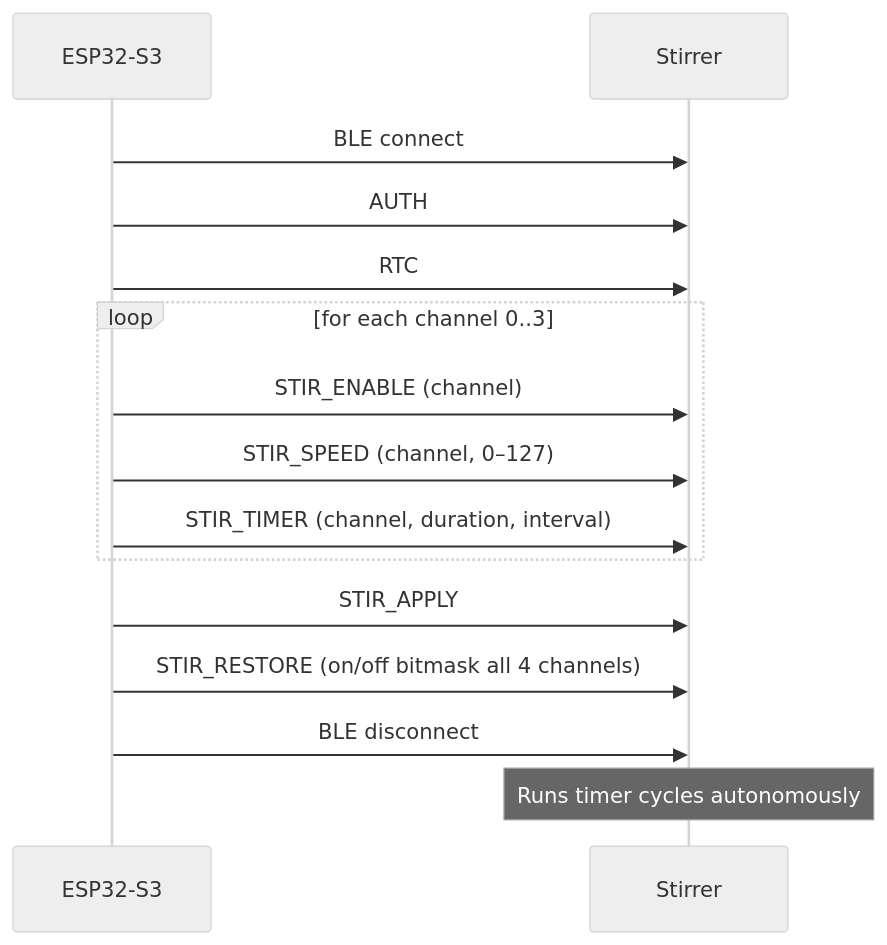
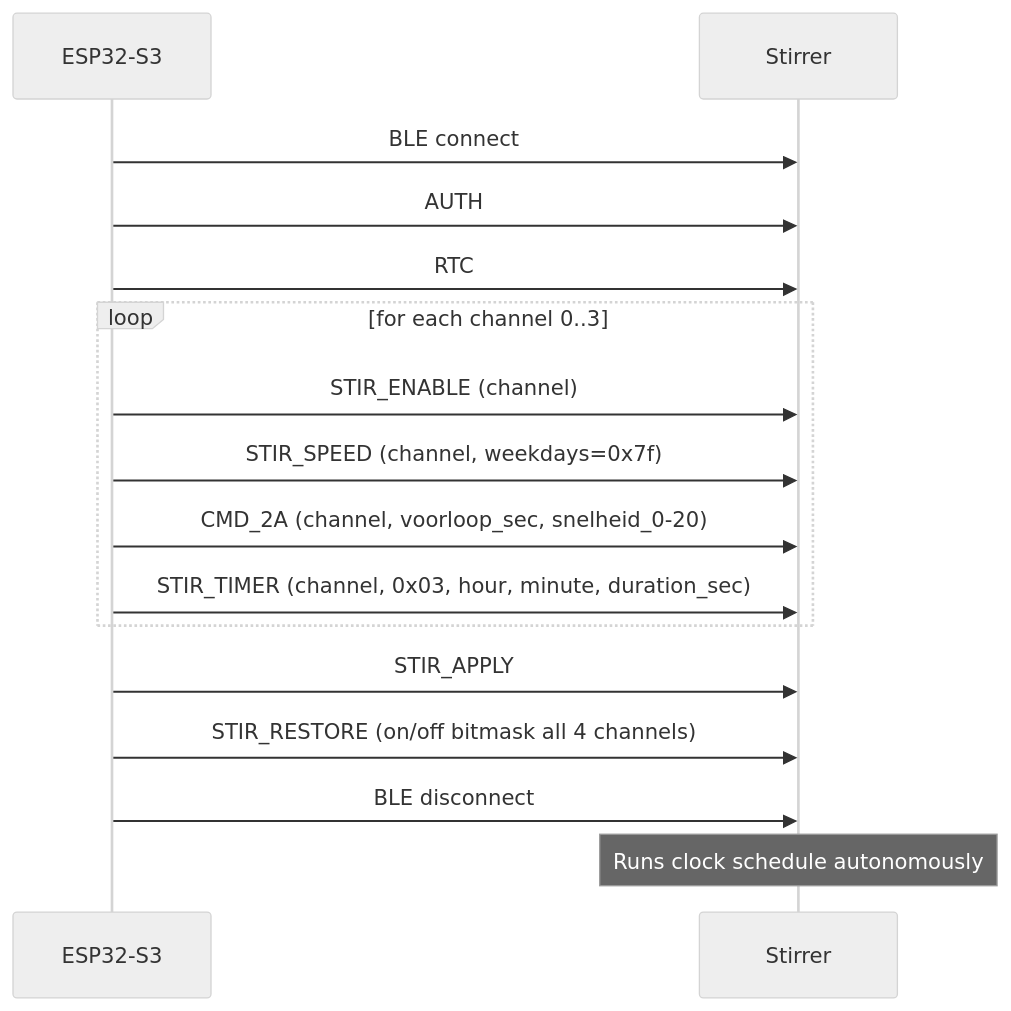
Before and after one commit to BartdeJonge/chihiros-esphome: the fourth of 9 diagrams in README.md, drawn with Mermaid (neutral theme). The commit also changed other lines of this file and 2 other files, not shown here.

First line of the commit message:
feat: roerder weekdays protocol volledig gedocumenteerd

````diff
--- a/README.md
+++ b/README.md
@@ -295,18 +295,19 @@
 ```mermaid
 sequenceDiagram
     participant ESP as ESP32-S3
     participant STI as Stirrer
 
     ESP->>STI: BLE connect
     ESP->>STI: AUTH
     ESP->>STI: RTC
     loop for each channel 0..3
-        ESP->>STI: STIR_ENABLE (channel)
-        ESP->>STI: STIR_SPEED  (channel, 0–127)
-        ESP->>STI: STIR_TIMER  (channel, duration, interval)
+        ESP->>STI: STIR_ENABLE  (channel)
+        ESP->>STI: STIR_SPEED   (channel, weekdays=0x7f)
+        ESP->>STI: CMD_2A       (channel, voorloop_sec, snelheid_0-20)
+        ESP->>STI: STIR_TIMER   (channel, 0x03, hour, minute, duration_sec)
     end
     ESP->>STI: STIR_APPLY
     ESP->>STI: STIR_RESTORE (on/off bitmask all 4 channels)
     ESP->>STI: BLE disconnect
-    Note over STI: Runs timer cycles autonomously
+    Note over STI: Runs clock schedule autonomously
 ```
````
